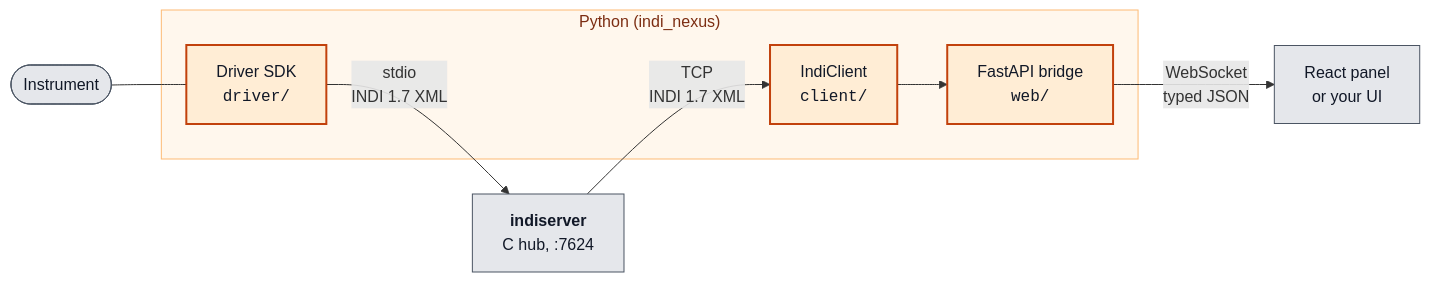
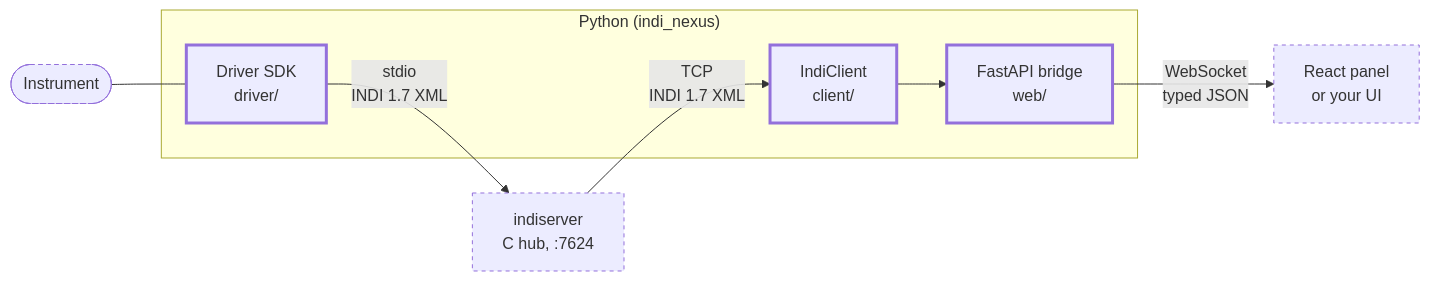
The diagram in README.md (sidereal-software/indi-nexus), drawn with Mermaid before and after one commit. The commit also changed 6 other files, not shown here.

````diff
--- a/README.md
+++ b/README.md
@@ -30,19 +30,23 @@
 ```mermaid
 flowchart LR
     subgraph py["Python (indi_nexus)"]
-        drv["Driver SDK<br/><code>driver/</code>"]
-        cli["IndiClient<br/><code>client/</code>"]
-        web["FastAPI bridge<br/><code>web/</code>"]
+        drv["Driver SDK<br/>driver/"]
+        cli["IndiClient<br/>client/"]
+        web["FastAPI bridge<br/>web/"]
     end
     hw(["Instrument"]) --- drv
-    drv -- "stdio<br/>INDI 1.7 XML" --> hub["<b>indiserver</b><br/>C hub, :7624"]
+    drv -- "stdio<br/>INDI 1.7 XML" --> hub["indiserver<br/>C hub, :7624"]
     hub -- "TCP<br/>INDI 1.7 XML" --> cli
     cli --> web
     web -- "WebSocket<br/>typed JSON" --> ui["React panel<br/>or your UI"]
 
-    classDef ours fill:#ffedd5,stroke:#c2410c,stroke-width:2px,color:#111827
-    classDef ext fill:#e5e7eb,stroke:#4b5563,stroke-width:1px,color:#111827
+    %% No colours here on purpose: GitHub and the docs site each theme the diagram
+    %% for their own light and dark modes, and a hardcoded light palette turns into
+    %% unreadable text on a dark page. Ownership rides on the border instead - thick
+    %% solid is ours, thin dashed is not - which survives any theme and never leans
+    %% on colour alone.
+    classDef ours stroke-width:3px
+    classDef ext stroke-width:1px,stroke-dasharray:4 4
     class drv,cli,web ours
     class hub,hw,ui ext
-    style py fill:#fff7ed,stroke:#fdba74,color:#7c2d12
 ```
````
